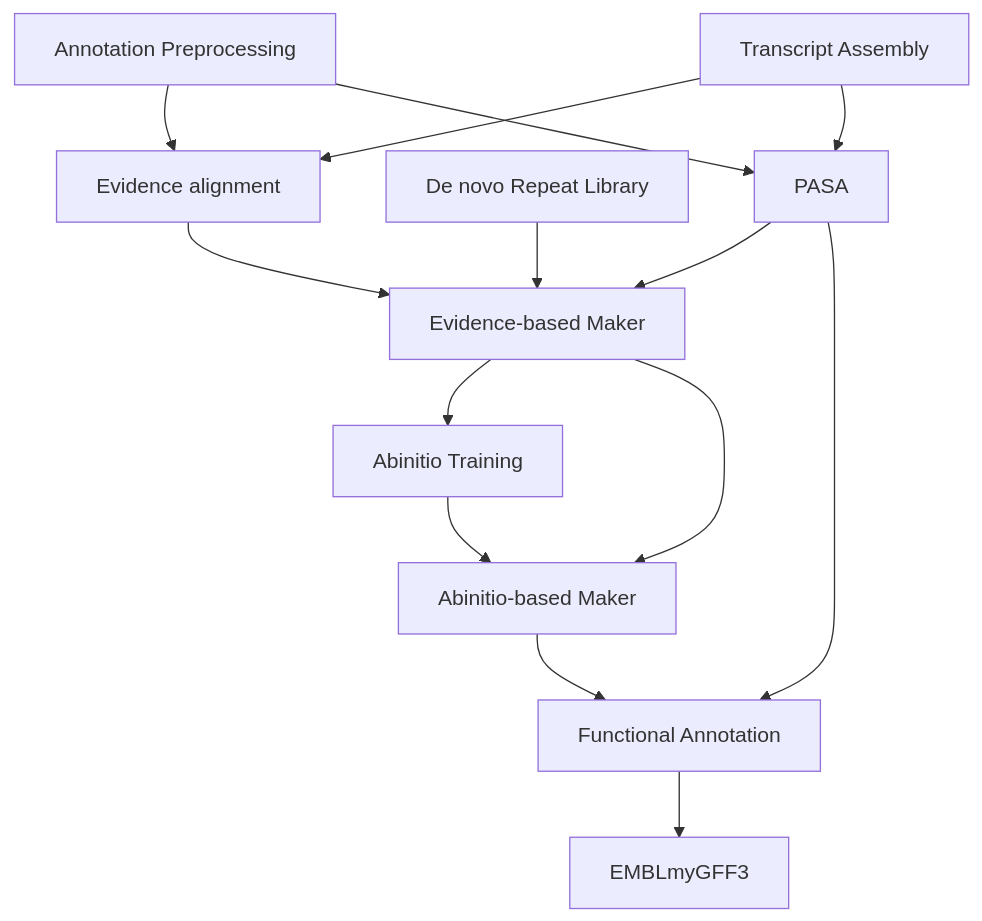
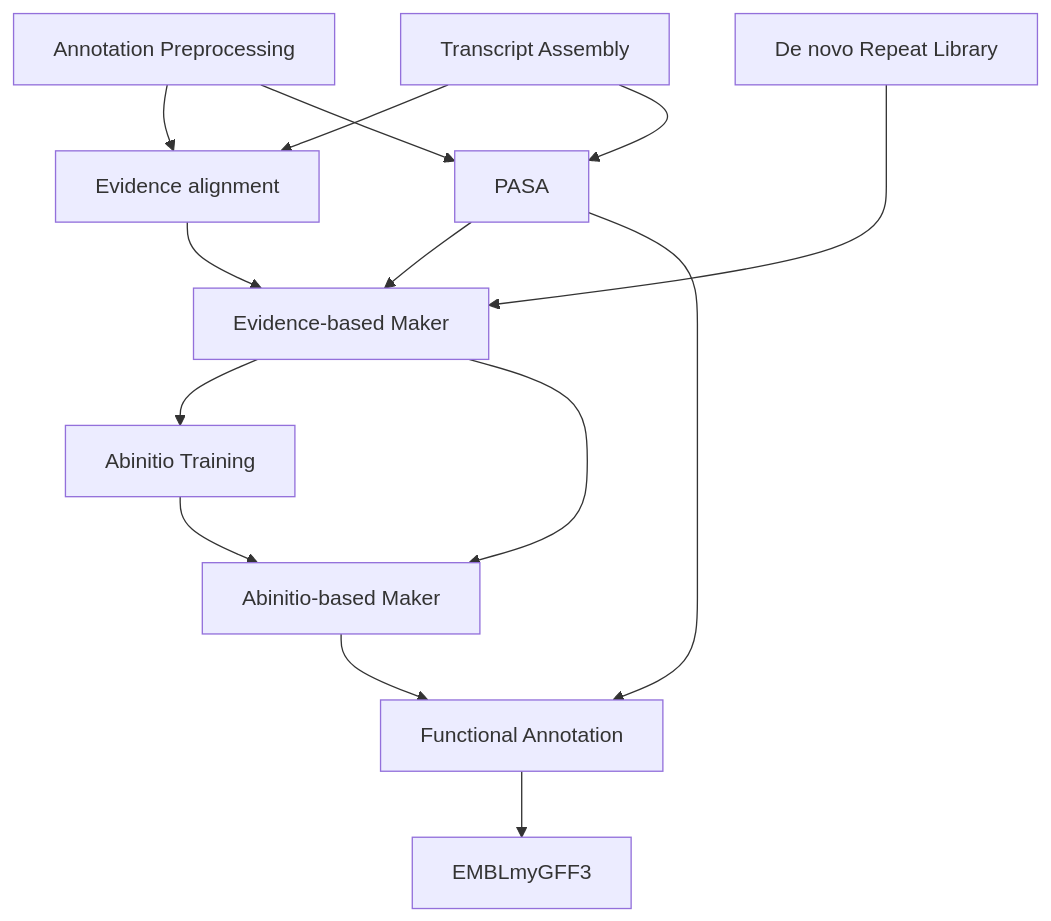
The diagram in README.md (NBISweden/pipelines-nextflow), drawn with Mermaid before and after one commit.

Commit message:
Increase arrow length

````diff
--- a/README.md
+++ b/README.md
@@ -22,16 +22,16 @@
 ```mermaid
 graph TD
   preprocessing[Annotation Preprocessing] --> evidenceAlignment[Evidence alignment]
   transcriptAssembly[Transcript Assembly] --> evidenceAlignment
   evidenceAlignment --> evidenceMaker[Evidence-based Maker]
-  denovoRepeatLibrary[De novo Repeat Library] --> evidenceMaker
+  denovoRepeatLibrary[De novo Repeat Library] ---> evidenceMaker
   transcriptAssembly --> pasa[PASA]
   preprocessing --> pasa
   pasa --> evidenceMaker
   evidenceMaker --> abinitioTraining[Abinitio Training]
   abinitioTraining --> abinitioMaker[Abinitio-based Maker]
   evidenceMaker --> abinitioMaker
   pasa --> functionalAnnotation[Functional Annotation]
   abinitioMaker --> functionalAnnotation
   functionalAnnotation --> EMBLmyGFF3
 ```
````
